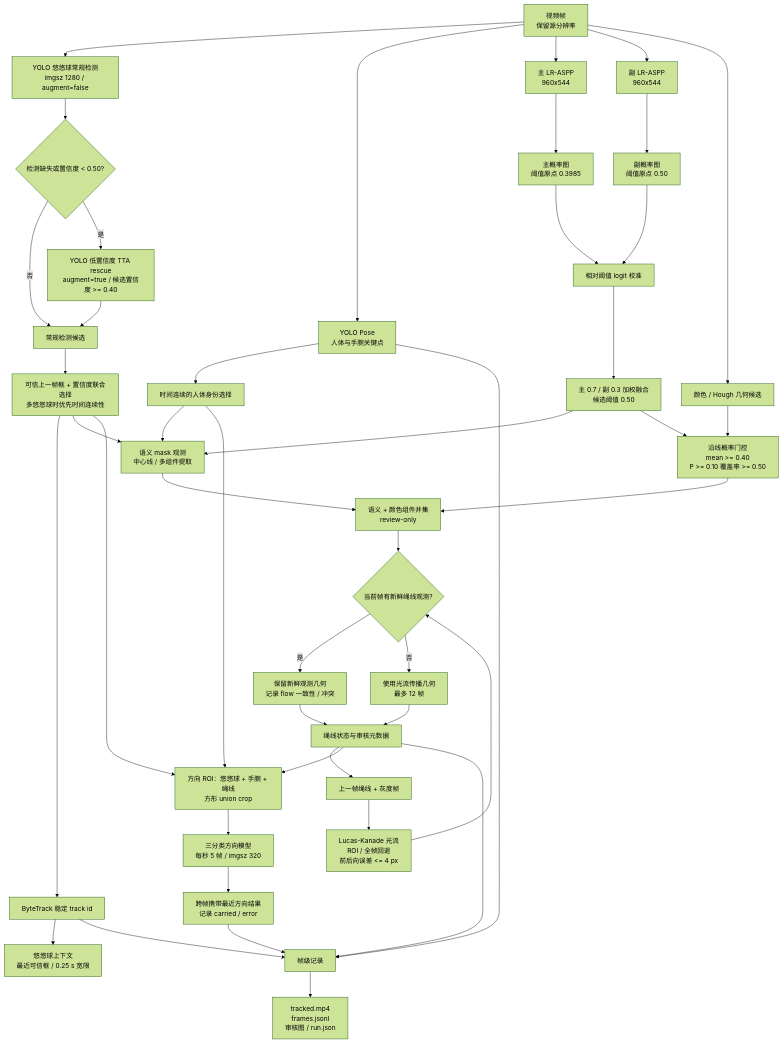
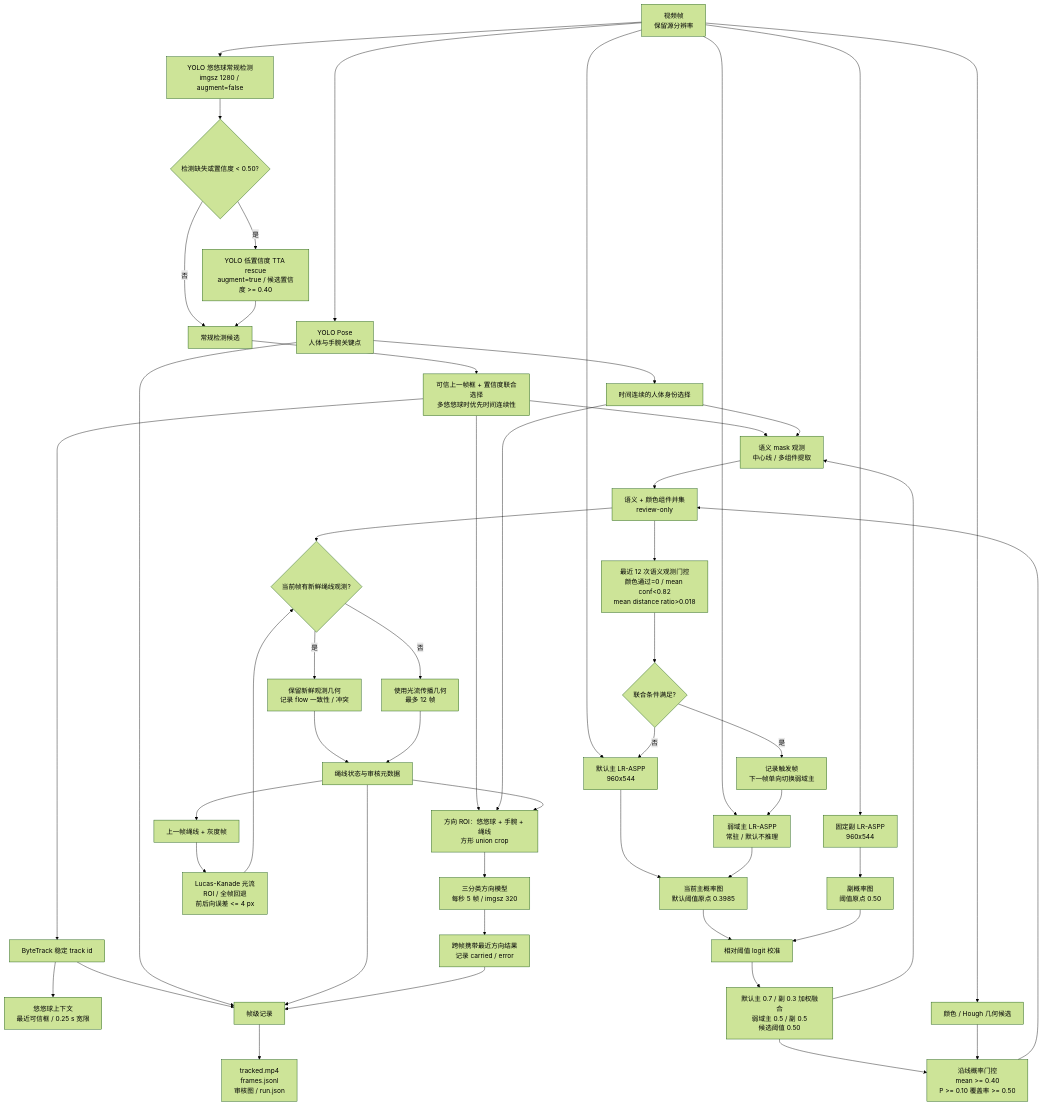
The fourth of 4 diagrams in reports/architecture_pipeline.md (EvannZhongg/YoYo-Model), drawn with Mermaid (forest theme) before and after one commit. The commit also changed other lines of this file and 13 other files, not shown here.

````diff
--- a/reports/architecture_pipeline.md
+++ b/reports/architecture_pipeline.md
@@ -100,51 +100,58 @@
 ```mermaid
 flowchart TD
     A[视频帧<br/>保留源分辨率] --> B[YOLO 悠悠球常规检测<br/>imgsz 1280 / augment=false]
     B --> C{检测缺失或置信度 < 0.50?}
     C -->|否| E[常规检测候选]
     C -->|是| D[YOLO 低置信度 TTA rescue<br/>augment=true / 候选置信度 >= 0.40]
     D --> E
     E --> F[可信上一帧框 + 置信度联合选择<br/>多悠悠球时优先时间连续性]
     F --> G[ByteTrack 稳定 track id]
 
     A --> H[YOLO Pose<br/>人体与手腕关键点]
     G --> I[悠悠球上下文<br/>最近可信框 / 0.25 s 宽限]
     H --> J[时间连续的人体身份选择]
 
-    A --> K[主 LR-ASPP<br/>960x544]
-    A --> L[副 LR-ASPP<br/>960x544]
-    K --> M[主概率图<br/>阈值原点 0.3985]
+    A --> K[默认主 LR-ASPP<br/>960x544]
+    A --> L[固定副 LR-ASPP<br/>960x544]
+    A --> KA[弱域主 LR-ASPP<br/>常驻 / 默认不推理]
+    K --> M[当前主概率图<br/>默认阈值原点 0.3985]
+    KA --> M
     L --> N[副概率图<br/>阈值原点 0.50]
     M --> O[相对阈值 logit 校准]
     N --> O
-    O --> P[主 0.7 / 副 0.3 加权融合<br/>候选阈值 0.50]
+    O --> P[默认主 0.7 / 副 0.3 加权融合<br/>弱域主 0.5 / 副 0.5<br/>候选阈值 0.50]
     F --> Q[语义 mask 观测<br/>中心线 / 多组件提取]
     J --> Q
     P --> Q
     A --> R[颜色 / Hough 几何候选]
     P --> S[沿线概率门控<br/>mean >= 0.40<br/>P >= 0.10 覆盖率 >= 0.50]
     R --> S
     S --> T[语义 + 颜色组件并集<br/>review-only]
     Q --> T
+    T --> GA[最近 12 次语义观测门控<br/>颜色通过=0 / mean conf&lt;0.82<br/>mean distance ratio&gt;0.018]
+    GA --> GB{联合条件满足?}
+    GB -->|否| K
+    GB -->|是| GC[记录触发帧<br/>下一帧单向切换弱域主]
+    GC --> KA
 
     T --> U{当前帧有新鲜绳线观测?}
     V[上一帧绳线 + 灰度帧] --> W[Lucas-Kanade 光流<br/>ROI / 全帧回退<br/>前后向误差 <= 4 px]
     W --> U
     U -->|是| X[保留新鲜观测几何<br/>记录 flow 一致性 / 冲突]
     U -->|否| Y[使用光流传播几何<br/>最多 12 帧]
     X --> Z[绳线状态与审核元数据]
     Y --> Z
     Z --> V
 
     F --> AA[方向 ROI：悠悠球 + 手腕 + 绳线<br/>方形 union crop]
     J --> AA
     Z --> AA
     AA --> AB[三分类方向模型<br/>每秒 5 帧 / imgsz 320]
     AB --> AC[跨帧携带最近方向结果<br/>记录 carried / error]
 
     G --> AD[帧级记录]
     H --> AD
     Z --> AD
     AC --> AD
     AD --> AE[tracked.mp4<br/>frames.jsonl<br/>审核图 / run.json]
 ```
````
